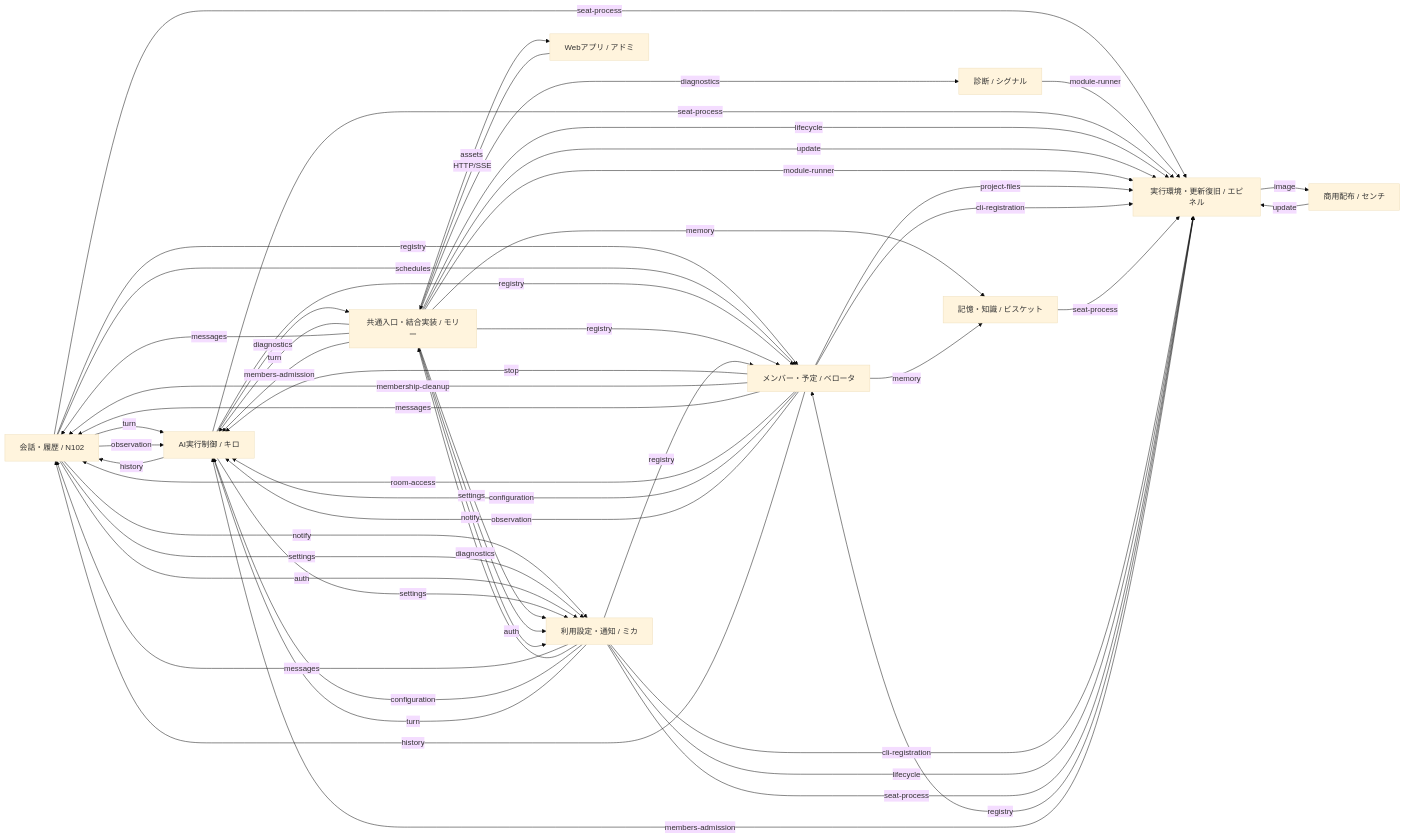
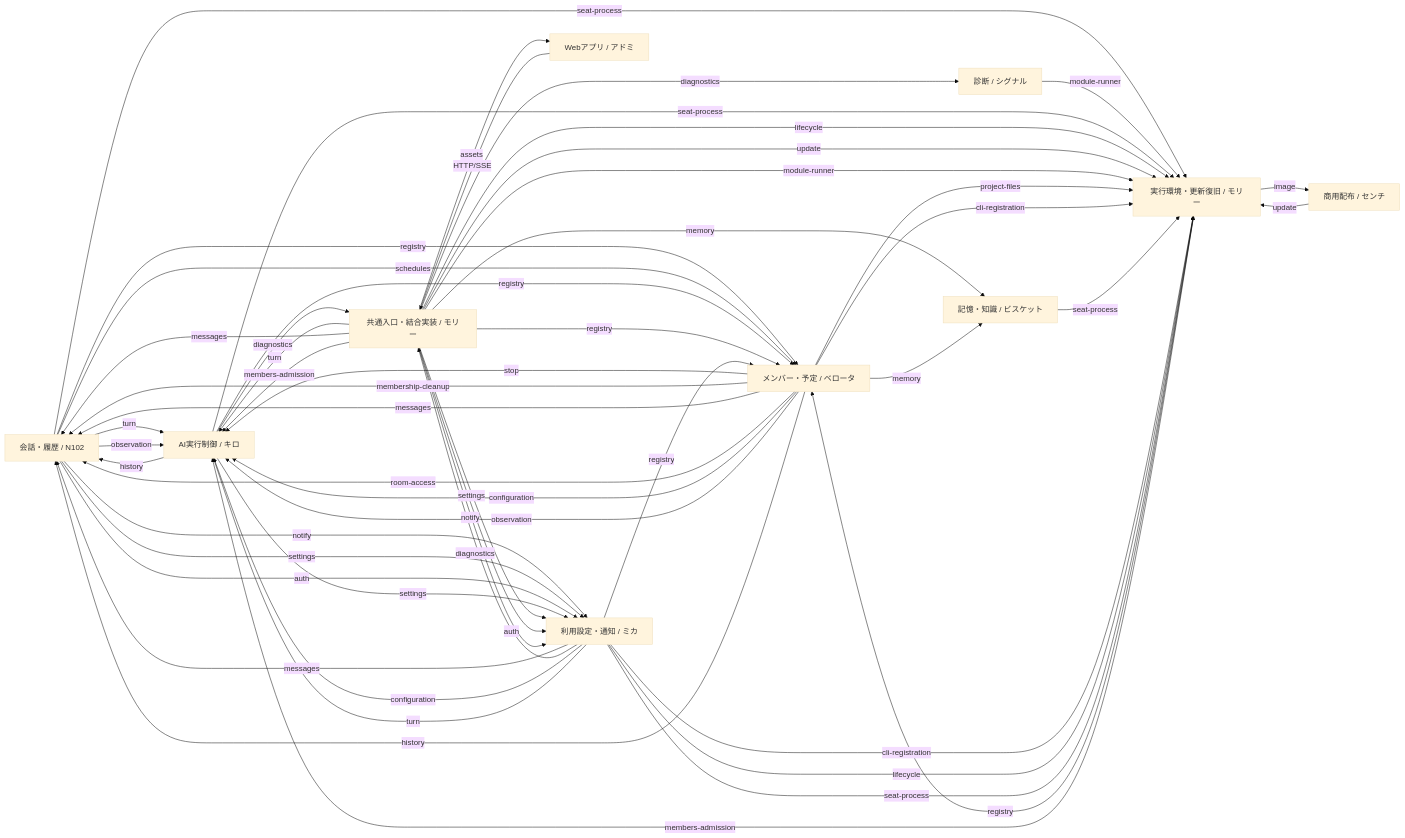
The first of 2 diagrams in docs/architecture/feature-map.md (kitepon/BellTeam), drawn with Mermaid (base theme) before and after one commit. The commit also changed other lines of this file and 8 other files, not shown here.

````diff
--- a/docs/architecture/feature-map.md
+++ b/docs/architecture/feature-map.md
@@ -11,64 +11,64 @@
 ```mermaid
 flowchart LR
   m_conversation["会話・履歴 / N102"]
   m_diagnostics["診断 / シグナル"]
   m_distribution["商用配布 / センチ"]
   m_execution["AI実行制御 / キロ"]
   m_integration["共通入口・結合実装 / モリー"]
   m_members["メンバー・予定 / ベロータ"]
   m_memory["記憶・知識 / ビスケット"]
-  m_runtime["実行環境・更新復旧 / エピネル"]
+  m_runtime["実行環境・更新復旧 / モリー"]
   m_usage["利用設定・通知 / ミカ"]
   m_web["Webアプリ / アドミ"]
   m_conversation -->|"turn"| m_execution
   m_conversation -->|"registry"| m_members
   m_conversation -->|"notify"| m_usage
   m_conversation -->|"schedules"| m_members
   m_conversation -->|"seat-process"| m_runtime
   m_conversation -->|"settings"| m_usage
   m_conversation -->|"auth"| m_usage
   m_conversation -->|"observation"| m_execution
   m_diagnostics -->|"module-runner"| m_runtime
   m_distribution -->|"update"| m_runtime
   m_execution -->|"diagnostics"| m_integration
   m_execution -->|"registry"| m_members
   m_execution -->|"seat-process"| m_runtime
   m_execution -->|"history"| m_conversation
   m_execution -->|"settings"| m_usage
   m_integration -->|"turn"| m_execution
   m_integration -->|"messages"| m_conversation
   m_integration -->|"registry"| m_members
   m_integration -->|"settings"| m_usage
   m_integration -->|"memory"| m_memory
   m_integration -->|"lifecycle"| m_runtime
   m_integration -->|"assets"| m_web
   m_integration -->|"update"| m_runtime
   m_integration -->|"auth"| m_usage
   m_integration -->|"notify"| m_usage
   m_integration -->|"members-admission"| m_execution
   m_integration -->|"diagnostics"| m_diagnostics
   m_integration -->|"module-runner"| m_runtime
   m_members -->|"stop"| m_execution
   m_members -->|"project-files"| m_runtime
   m_members -->|"cli-registration"| m_runtime
   m_members -->|"membership-cleanup"| m_conversation
   m_members -->|"messages"| m_conversation
   m_members -->|"memory"| m_memory
   m_members -->|"room-access"| m_conversation
   m_members -->|"configuration"| m_execution
   m_members -->|"observation"| m_execution
   m_members -->|"history"| m_conversation
   m_memory -->|"seat-process"| m_runtime
   m_runtime -->|"registry"| m_members
   m_runtime -->|"image"| m_distribution
   m_runtime -->|"members-admission"| m_execution
   m_usage -->|"registry"| m_members
   m_usage -->|"messages"| m_conversation
   m_usage -->|"cli-registration"| m_runtime
   m_usage -->|"diagnostics"| m_integration
   m_usage -->|"configuration"| m_execution
   m_usage -->|"turn"| m_execution
   m_usage -->|"lifecycle"| m_runtime
   m_usage -->|"seat-process"| m_runtime
   m_web -->|"HTTP/SSE"| m_integration
 ```
````
